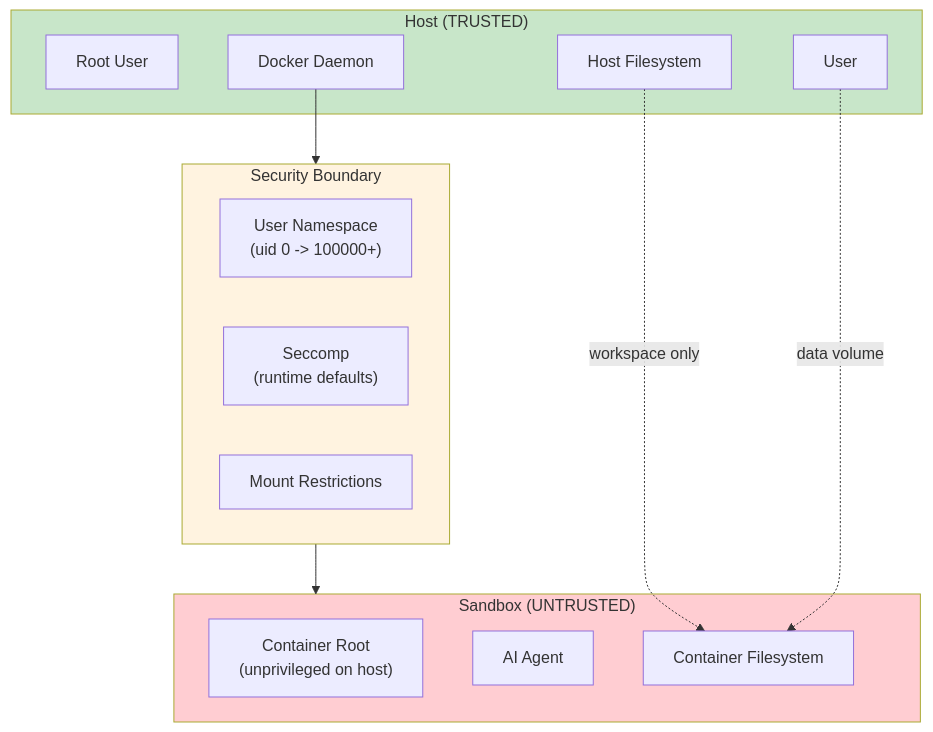
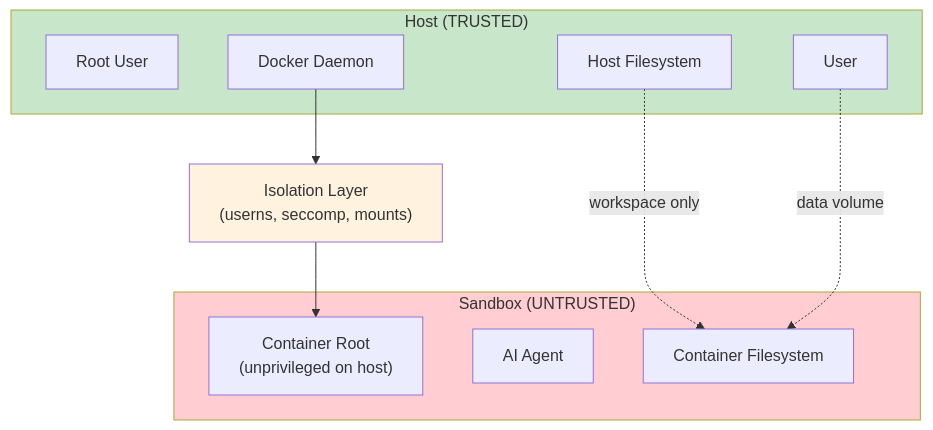
Before and after one commit to novotnyllc/ContainAI: the eighth of 8 diagrams in docs/architecture.md, drawn with Mermaid. The commit also changed other lines of this file, not shown here.

First line of the commit message:
docs(architecture): address third round of review feedback

````diff
--- a/docs/architecture.md
+++ b/docs/architecture.md
@@ -328,32 +341,27 @@
 ```mermaid
 flowchart TB
     subgraph Host["Host (TRUSTED)"]
         HostRoot["Root User"]
         HostUser["User"]
         HostDocker["Docker Daemon"]
         HostFS["Host Filesystem"]
     end
 
-    subgraph Boundary["Security Boundary"]
-        direction LR
-        Userns["User Namespace<br/>(uid 0 -> 100000+)"]
-        Seccomp["Seccomp<br/>(runtime defaults)"]
-        Mounts["Mount Restrictions"]
-    end
+    IsolationLayer["Isolation Layer<br/>(userns, seccomp, mounts)"]
 
     subgraph Sandbox["Sandbox (UNTRUSTED)"]
         SandboxRoot["Container Root<br/>(unprivileged on host)"]
-        Agent["AI Agent"]
+        AgentProc["AI Agent"]
         SandboxFS["Container Filesystem"]
     end
 
-    HostDocker --> Boundary
-    Boundary --> Sandbox
+    HostDocker --> IsolationLayer
+    IsolationLayer --> SandboxRoot
 
     HostFS -.->|"workspace only"| SandboxFS
     HostUser -.->|"data volume"| SandboxFS
 
     style Host fill:#c8e6c9
-    style Boundary fill:#fff3e0
+    style IsolationLayer fill:#fff3e0
     style Sandbox fill:#ffcdd2
 ```
````
